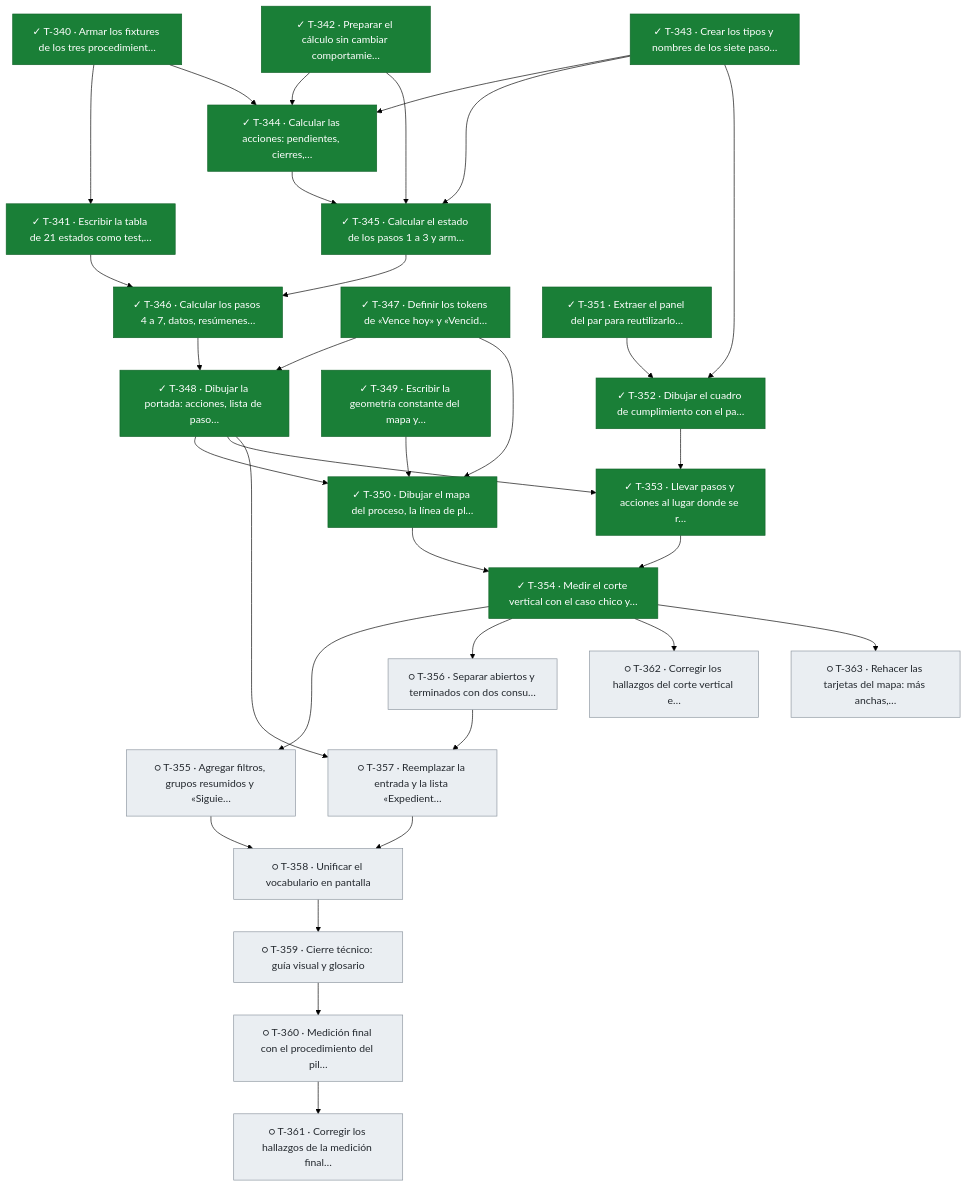
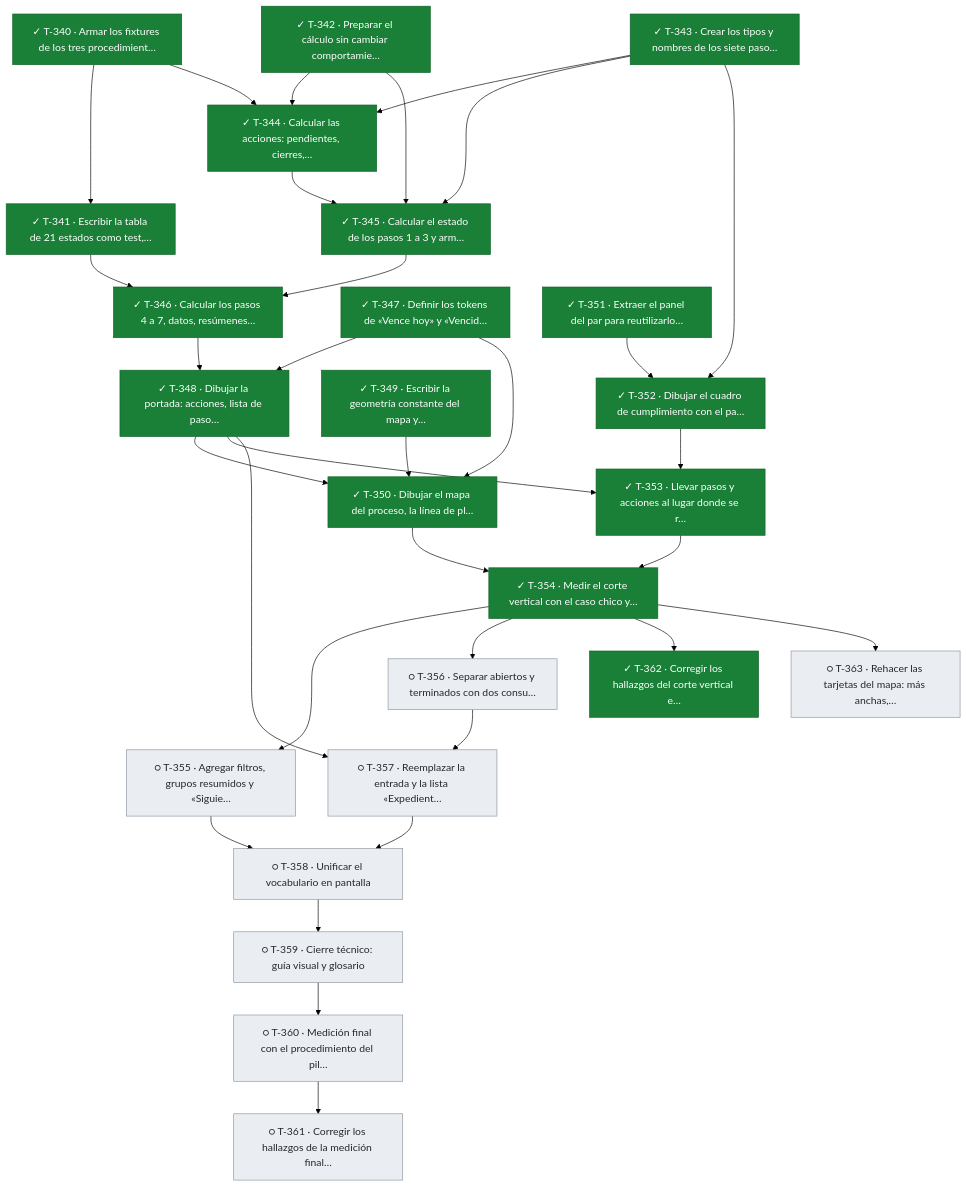
Before and after one commit to snavello/EVALUON: diagram 25 of 25 in docs/tablero.md, drawn with Mermaid (forest theme). The commit also changed other lines of this file and 1 other file, not shown here.

Commit message:
gestión: T-362 terminada (correcciones del corte: panel sin rol de la Comisión, desborde del cuadro, Indicadores, letra), avisos y tablero

````diff
--- a/docs/tablero.md
+++ b/docs/tablero.md
@@ -1924,63 +1924,63 @@
 ```mermaid
 flowchart TD
   T340["✓ T-340 · Armar los fixtures de los tres procedimient…"]:::done
   T341["✓ T-341 · Escribir la tabla de 21 estados como test,…"]:::done
   T342["✓ T-342 · Preparar el cálculo sin cambiar comportamie…"]:::done
   T343["✓ T-343 · Crear los tipos y nombres de los siete paso…"]:::done
   T344["✓ T-344 · Calcular las acciones: pendientes, cierres,…"]:::done
   T345["✓ T-345 · Calcular el estado de los pasos 1 a 3 y arm…"]:::done
   T346["✓ T-346 · Calcular los pasos 4 a 7, datos, resúmenes…"]:::done
   T347["✓ T-347 · Definir los tokens de «Vence hoy» y «Vencid…"]:::done
   T348["✓ T-348 · Dibujar la portada: acciones, lista de paso…"]:::done
   T349["✓ T-349 · Escribir la geometría constante del mapa y…"]:::done
   T350["✓ T-350 · Dibujar el mapa del proceso, la línea de pl…"]:::done
   T351["✓ T-351 · Extraer el panel del par para reutilizarlo…"]:::done
   T352["✓ T-352 · Dibujar el cuadro de cumplimiento con el pa…"]:::done
   T353["✓ T-353 · Llevar pasos y acciones al lugar donde se r…"]:::done
   T354["✓ T-354 · Medir el corte vertical con el caso chico y…"]:::done
   T355["○ T-355 · Agregar filtros, grupos resumidos y «Siguie…"]:::todo
   T356["○ T-356 · Separar abiertos y terminados con dos consu…"]:::todo
   T357["○ T-357 · Reemplazar la entrada y la lista «Expedient…"]:::todo
   T358["○ T-358 · Unificar el vocabulario en pantalla"]:::todo
   T359["○ T-359 · Cierre técnico: guía visual y glosario"]:::todo
   T360["○ T-360 · Medición final con el procedimiento del pil…"]:::todo
   T361["○ T-361 · Corregir los hallazgos de la medición final…"]:::todo
-  T362["○ T-362 · Corregir los hallazgos del corte vertical e…"]:::todo
+  T362["✓ T-362 · Corregir los hallazgos del corte vertical e…"]:::done
   T363["○ T-363 · Rehacer las tarjetas del mapa: más anchas,…"]:::todo
   T340 --> T341
   T340 --> T344
   T342 --> T344
   T343 --> T344
   T342 --> T345
   T343 --> T345
   T344 --> T345
   T341 --> T346
   T345 --> T346
   T346 --> T348
   T347 --> T348
   T347 --> T350
   T348 --> T350
   T349 --> T350
   T343 --> T352
   T351 --> T352
   T348 --> T353
   T352 --> T353
   T350 --> T354
   T353 --> T354
   T354 --> T355
   T354 --> T356
   T348 --> T357
   T356 --> T357
   T355 --> T358
   T357 --> T358
   T358 --> T359
   T359 --> T360
   T360 --> T361
   T354 --> T362
   T354 --> T363
   classDef done fill:#1a7f37,stroke:#116329,color:#ffffff
   classDef review fill:#0969da,stroke:#0550ae,color:#ffffff
   classDef active fill:#bf8700,stroke:#7d4e00,color:#ffffff
   classDef blocked fill:#cf222e,stroke:#a40e26,color:#ffffff
   classDef todo fill:#eaeef2,stroke:#8c959f,color:#24292f
 ```
````
